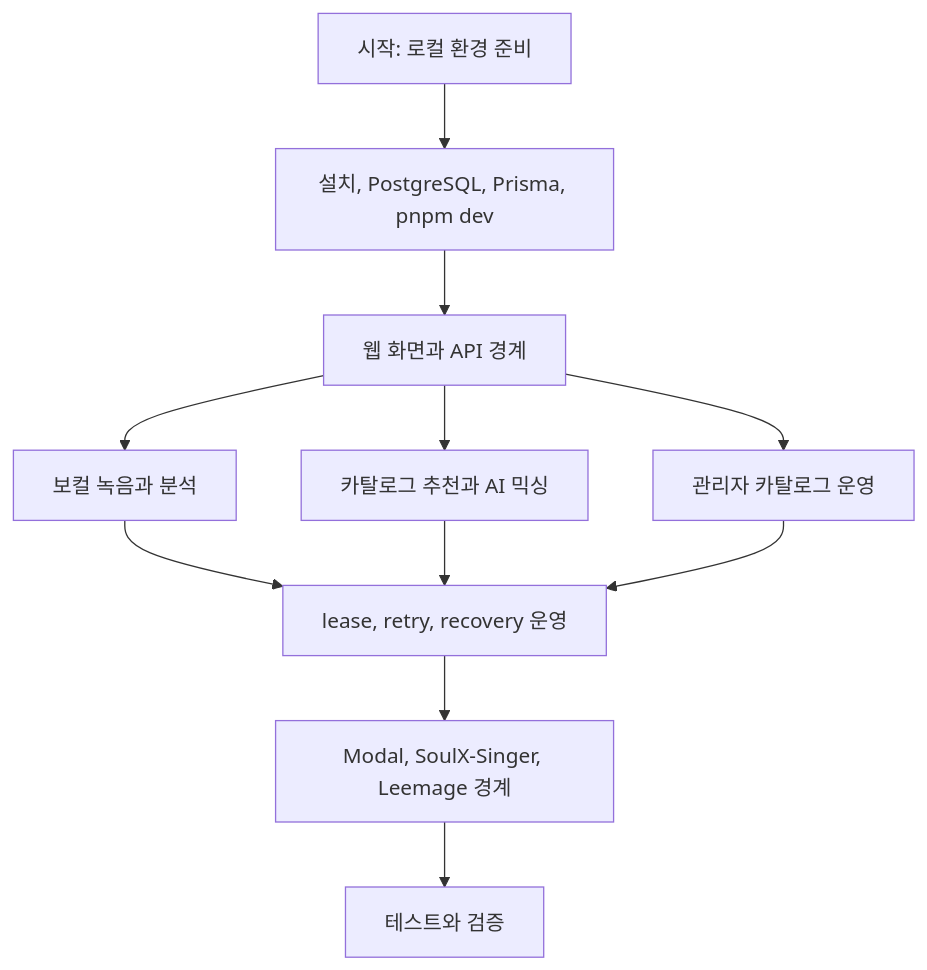
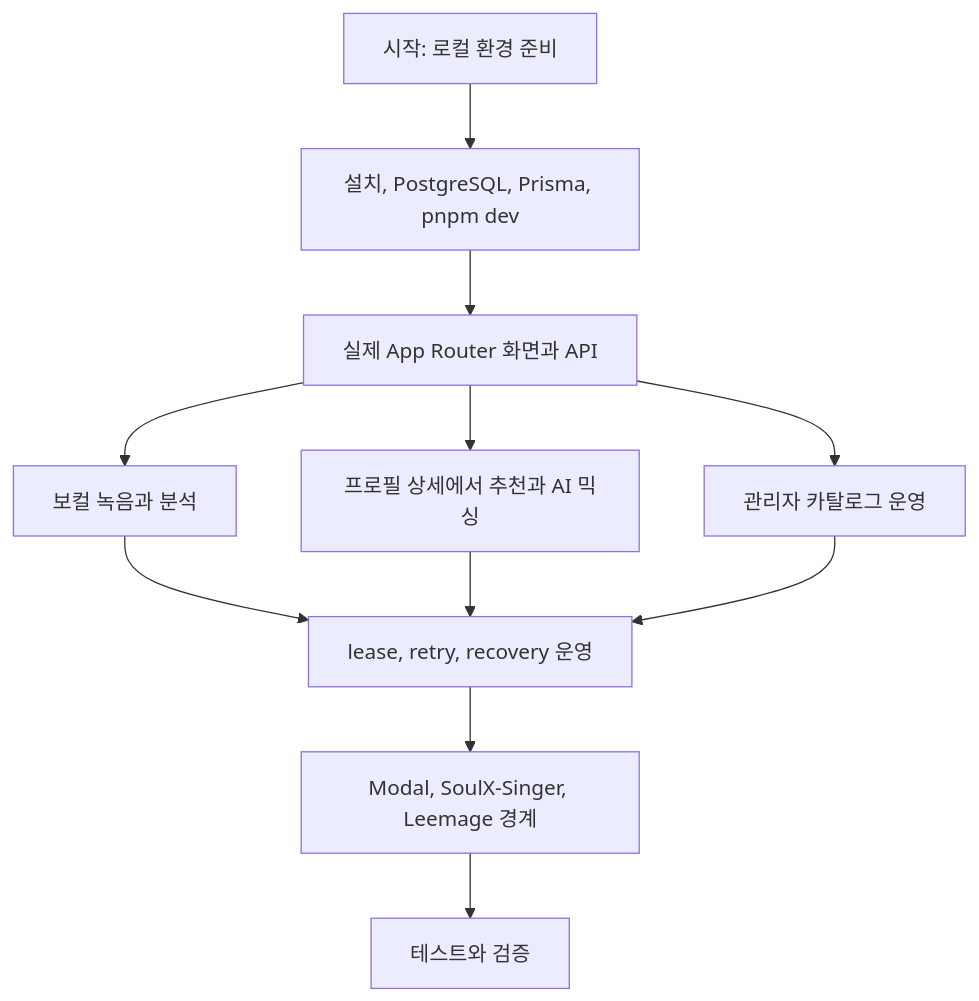
One commit to leey00nsu/copy-singer changed the first of 2 diagrams in openwiki/quickstart.md. Above: the diagram before and after it, drawn with Mermaid. The commit also changed other lines of this file and 8 other files, not shown here.

````diff
--- a/openwiki/quickstart.md
+++ b/openwiki/quickstart.md
@@ -27,13 +45,13 @@
 ```mermaid
 flowchart TD
     Start["시작: 로컬 환경 준비"] --> Setup["설치, PostgreSQL, Prisma, pnpm dev"]
-    Setup --> Surface["웹 화면과 API 경계"]
+    Setup --> Surface["실제 App Router 화면과 API"]
     Surface --> Profile["보컬 녹음과 분석"]
-    Surface --> Recommend["카탈로그 추천과 AI 믹싱"]
+    Surface --> Recommend["프로필 상세에서 추천과 AI 믹싱"]
     Surface --> Admin["관리자 카탈로그 운영"]
     Profile --> Ops["lease, retry, recovery 운영"]
     Recommend --> Ops
     Admin --> Ops
     Ops --> Integrations["Modal, SoulX-Singer, Leemage 경계"]
     Integrations --> Verify["테스트와 검증"]
 ```
````
